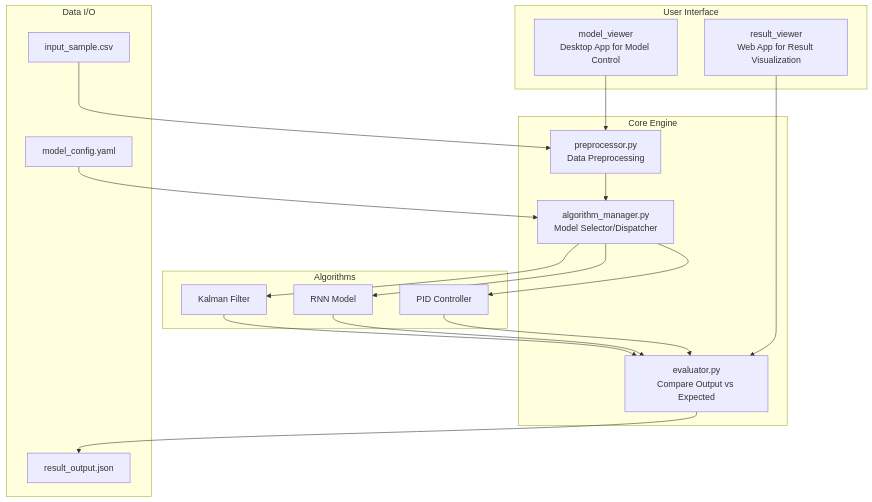
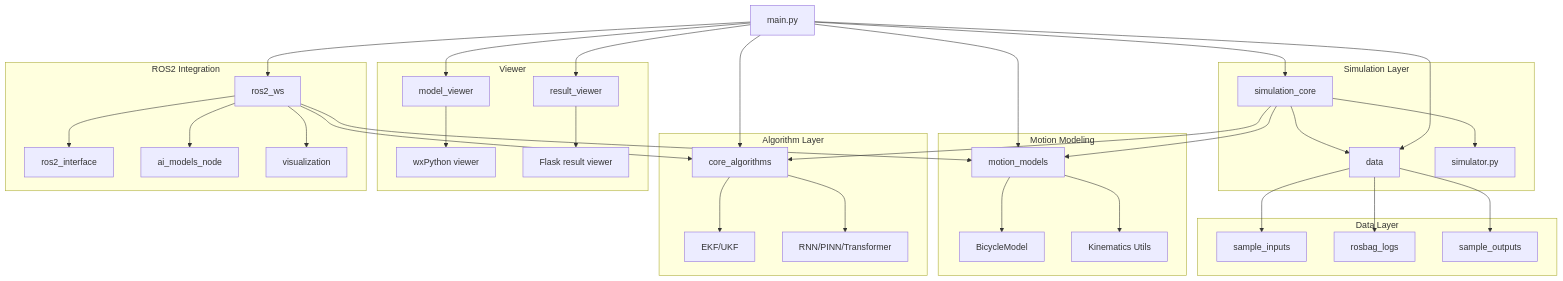
Before and after one commit to txc215/masv-platform: the diagram in README.md, drawn with Mermaid. The commit also changed 29 other files, not shown here.

Commit message:
added ROS2 docker container and simple launch with log replay node and extended kalman filter node

````diff
--- a/README.md
+++ b/README.md
@@ -4,39 +4,47 @@
 ```mermaid
 graph TD
-  subgraph User Interface
-    A1[model_viewer<br/>Desktop App for Model Control]
-    A2[result_viewer<br/>Web App for Result Visualization]
-  end
+    A[main.py] --> B[core_algorithms]
+    A --> C[motion_models]
+    A --> D[simulation_core]
+    A --> E[data]
+    A --> F[model_viewer]
+    A --> G[result_viewer]
+    A --> H[ros2_ws]
 
-  subgraph Core Engine
-    B1[preprocessor.py<br/>Data Preprocessing]
-    B2[algorithm_manager.py<br/>Model Selector/Dispatcher]
-    B3[evaluator.py<br/>Compare Output vs Expected]
-  end
+    subgraph Algorithm Layer
+        B --> B1[EKF/UKF]
+        B --> B2[RNN/PINN/Transformer]
+    end
 
-  subgraph Algorithms
-    C1[Kalman Filter]
-    C2[RNN Model]
-    C3[PID Controller]
-  end
+    subgraph Motion Modeling
+        C --> C1[BicycleModel]
+        C --> C2[Kinematics Utils]
+    end
 
-  subgraph Data I/O
-    D1[input_sample.csv]
-    D2[model_config.yaml]
-    D3[result_output.json]
-  end
+    subgraph Simulation Layer
+        D --> D1[simulator.py]
+        D --> C
+        D --> B
+        D --> E
+    end
 
-  A1 --> B1
-  A2 --> B3
-  B1 --> B2
-  B2 --> C1
-  B2 --> C2
-  B2 --> C3
-  C1 --> B3
-  C2 --> B3
-  C3 --> B3
-  D1 --> B1
-  D2 --> B2
-  B3 --> D3
+    subgraph Data Layer
+        E --> E1[sample_inputs]
+        E --> E2[rosbag_logs]
+        E --> E3[sample_outputs]
+    end
+
+    subgraph Viewer
+        F --> F1[wxPython viewer]
+        G --> G1[Flask result viewer]
+    end
+
+    subgraph ROS2 Integration
+        H --> H1[ros2_interface]
+        H --> H2[ai_models_node]
+        H --> H3[visualization]
+        H --> C
+        H --> B
+    end
 
 ```
````
